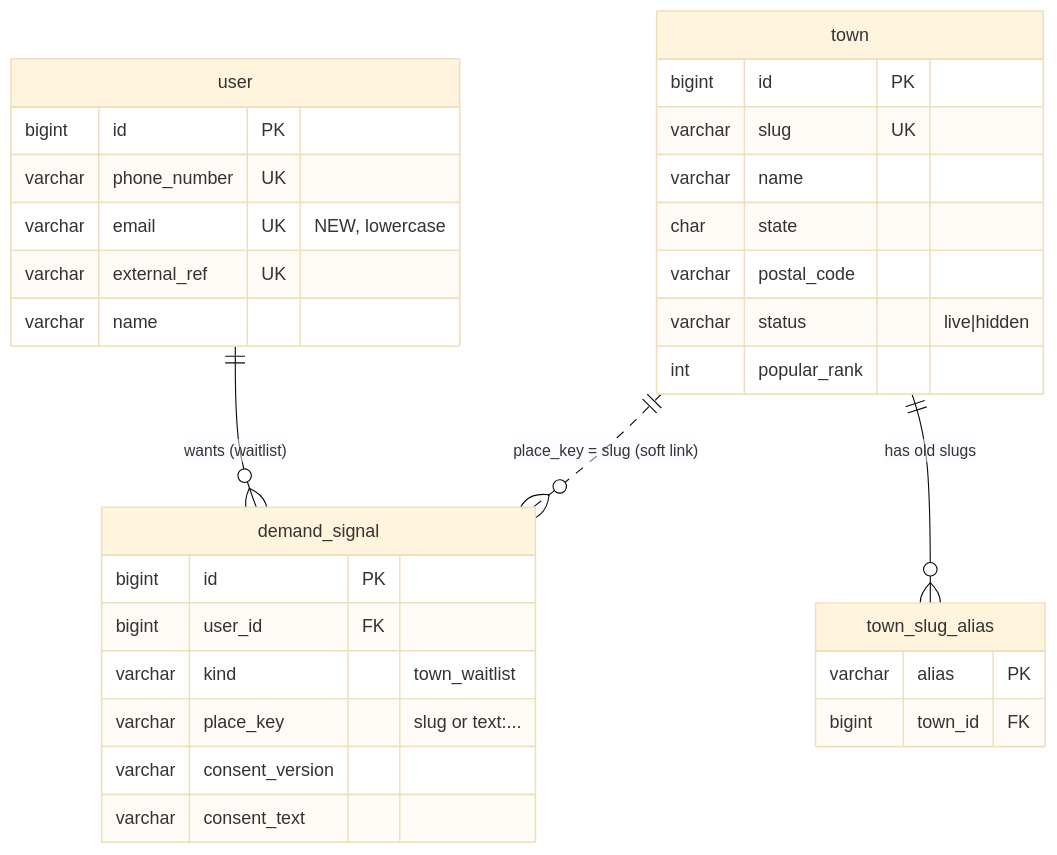
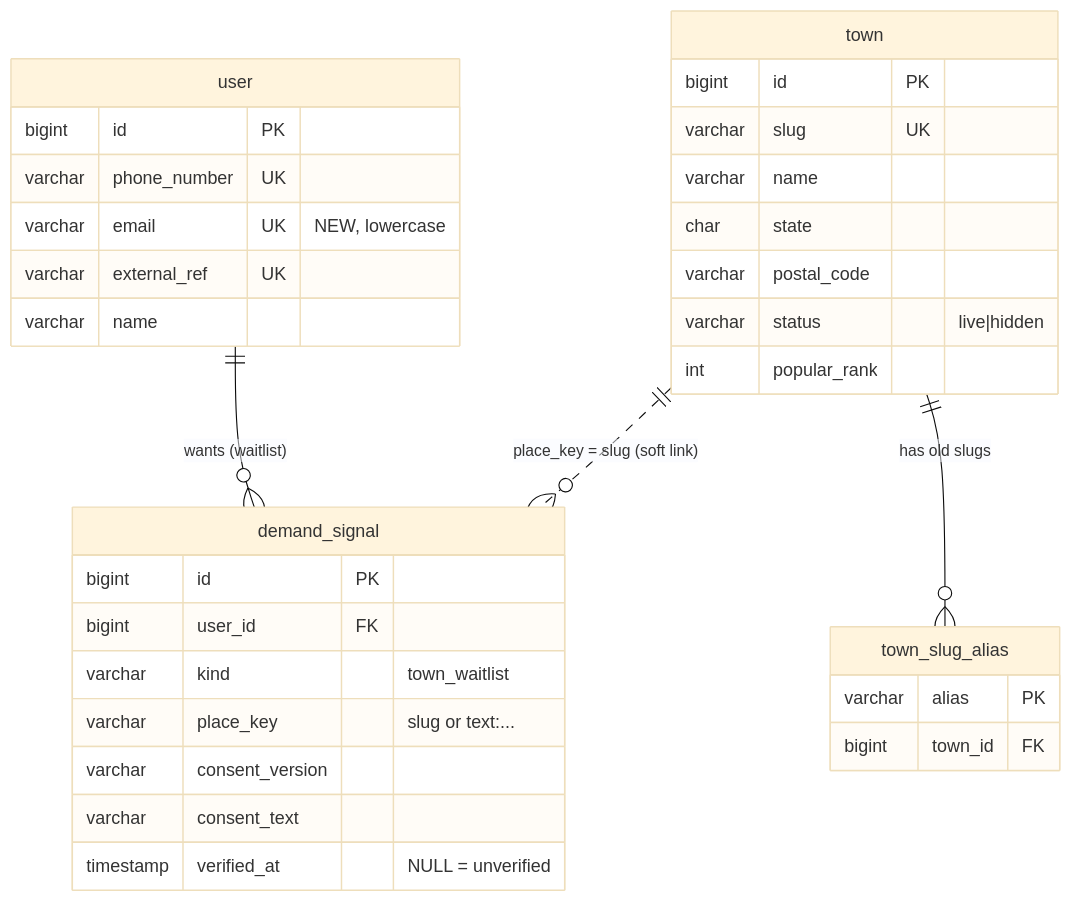
Before and after one commit to saravapalli/arang: the first of 5 diagrams in docs/p2.1-town-entry/sdd.md, drawn with Mermaid (base theme). The commit also changed other lines of this file and 7 other files, not shown here.

````diff
--- a/docs/p2.1-town-entry/sdd.md
+++ b/docs/p2.1-town-entry/sdd.md
@@ -113,34 +120,35 @@
 ```mermaid
 erDiagram
   user ||--o{ demand_signal : "wants (waitlist)"
   town ||--o{ town_slug_alias : "has old slugs"
   town ||..o{ demand_signal : "place_key = slug (soft link)"
   user {
     bigint id PK
     varchar phone_number UK
     varchar email UK "NEW, lowercase"
     varchar external_ref UK
     varchar name
   }
   town {
     bigint id PK
     varchar slug UK
     varchar name
     char state
     varchar postal_code
     varchar status "live|hidden"
     int popular_rank
   }
   town_slug_alias {
     varchar alias PK
     bigint town_id FK
   }
   demand_signal {
     bigint id PK
     bigint user_id FK
     varchar kind "town_waitlist"
     varchar place_key "slug or text:..."
     varchar consent_version
     varchar consent_text
+    timestamp verified_at "NULL = unverified"
   }
 ```
````
